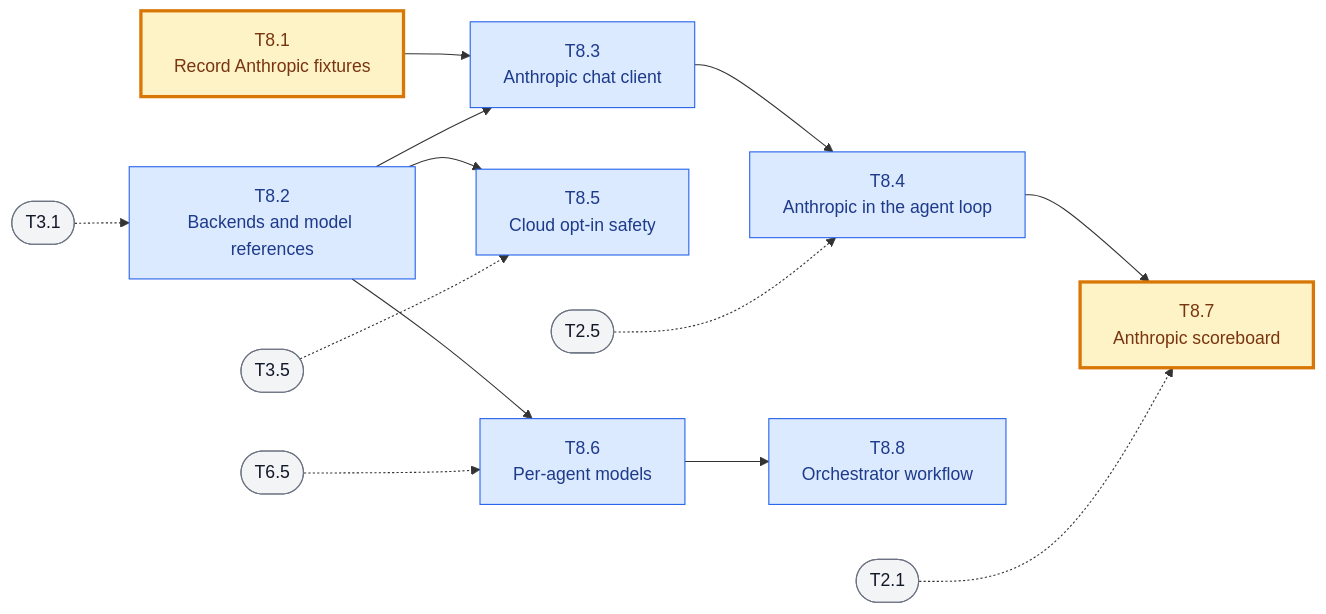
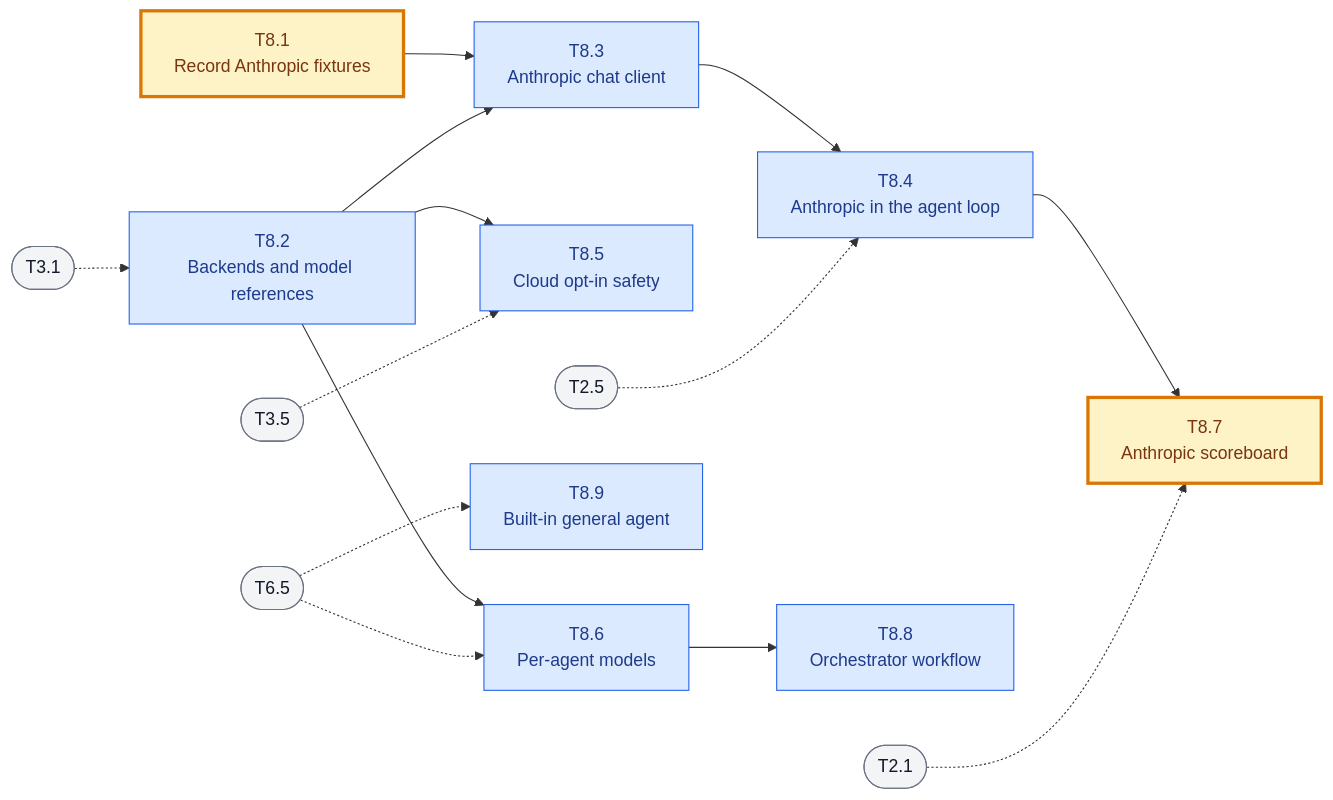
The ninth of 9 diagrams in docs/TASKS.md (fzzinchemical/Praxis), drawn with Mermaid before and after one commit. The commit also changed other lines of this file and 1 other file, not shown here.

Commit message:
docs(spec): add a built-in general agent as T8.9
Users asking a model for subagents got a refusal because the Agent tool
only exists when a plugin ships agents.

````diff
--- a/docs/TASKS.md
+++ b/docs/TASKS.md
@@ -621,35 +621,37 @@
 ```mermaid
 flowchart LR
     T8_1["T8.1<br/>Record Anthropic fixtures"]
     T8_2["T8.2<br/>Backends and model references"]
     T8_3["T8.3<br/>Anthropic chat client"]
     T8_4["T8.4<br/>Anthropic in the agent loop"]
     T8_5["T8.5<br/>Cloud opt-in safety"]
     T8_6["T8.6<br/>Per-agent models"]
     T8_7["T8.7<br/>Anthropic scoreboard"]
     T8_8["T8.8<br/>Orchestrator workflow"]
+    T8_9["T8.9<br/>Built-in general agent"]
     T2_1(["T2.1"])
     T2_5(["T2.5"])
     T3_1(["T3.1"])
     T3_5(["T3.5"])
     T6_5(["T6.5"])
     T3_1 -.-> T8_2
     T8_1 --> T8_3
     T8_2 --> T8_3
     T8_3 --> T8_4
     T2_5 -.-> T8_4
     T8_2 --> T8_5
     T3_5 -.-> T8_5
     T8_2 --> T8_6
     T6_5 -.-> T8_6
     T8_4 --> T8_7
     T2_1 -.-> T8_7
     T8_6 --> T8_8
+    T6_5 -.-> T8_9
 
     classDef task fill:#dbeafe,stroke:#2563eb,color:#1e3a8a
     classDef human fill:#fef3c7,stroke:#d97706,color:#78350f,stroke-width:3px
     classDef other fill:#f3f4f6,stroke:#6b7280,color:#111827
-    class T8_2,T8_3,T8_4,T8_5,T8_6,T8_8 task
+    class T8_2,T8_3,T8_4,T8_5,T8_6,T8_8,T8_9 task
     class T8_1,T8_7 human
     class T2_1,T2_5,T3_1,T3_5,T6_5 other
 ```
````
